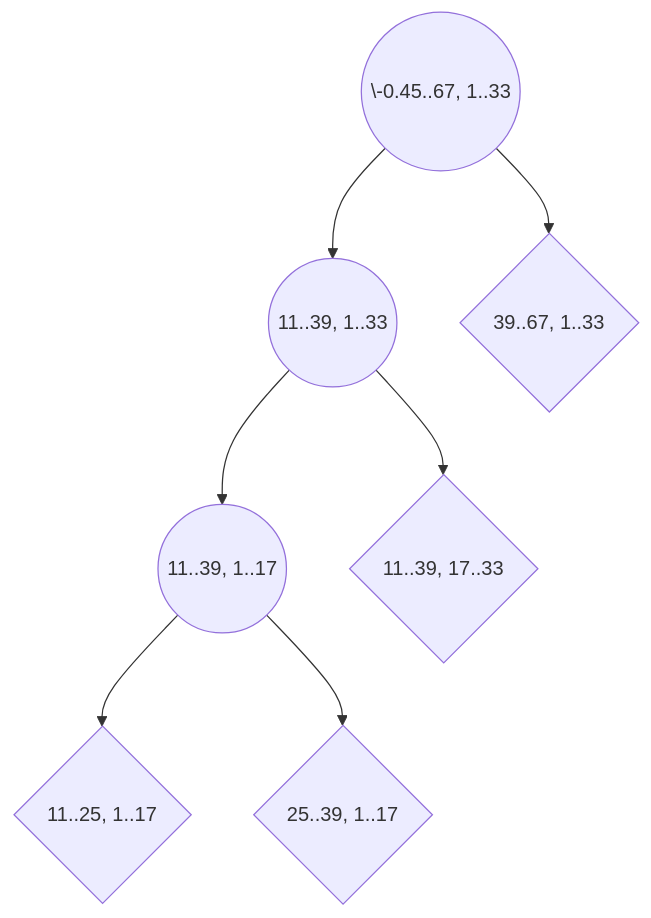
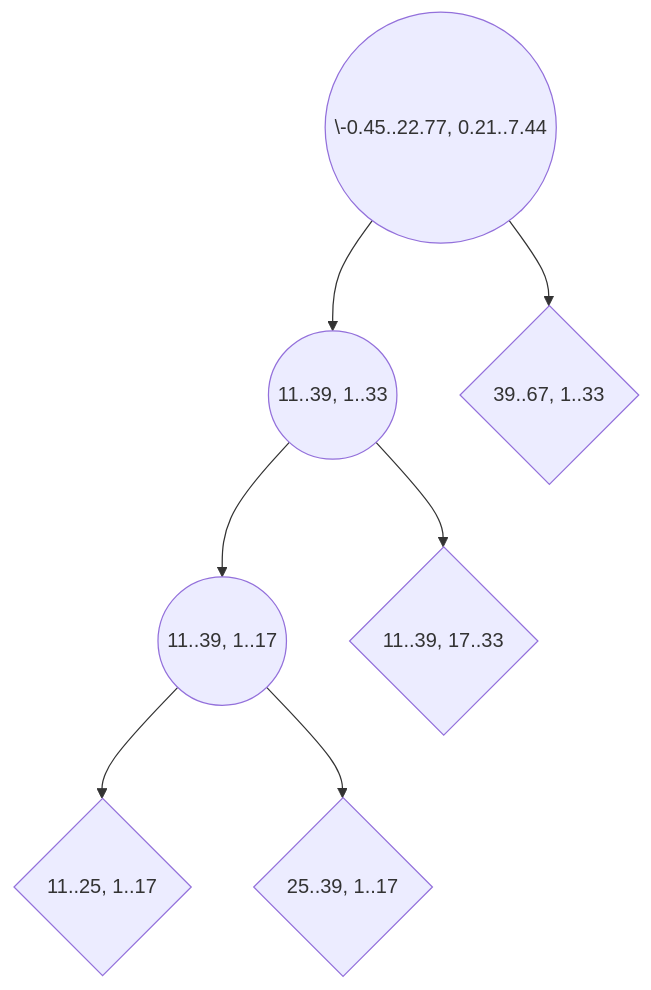
The diagram in clanek.md (chazzka/clanekforest), drawn with Mermaid before and after one commit. The commit also changed other lines of this file, not shown here.

Commit message:
clanek.md updated from https://stackeditpro.io/

````diff
--- a/clanek.md
+++ b/clanek.md
@@ -281,9 +281,10 @@
 ```mermaid
 graph TB
-A((\-0.45..67, 1..33)) --> B((11..39, 1..33))
+A((\-0.45..22.77, 0.21..7.44))
+A --> B((11..39, 1..33))
 A --> C{39..67, 1..33}
 B --> D((11..39, 1..17))
 B --> E{11..39, 17..33}
 D --> F{11..25, 1..17}
 D --> G{25..39, 1..17}
 ```
````
